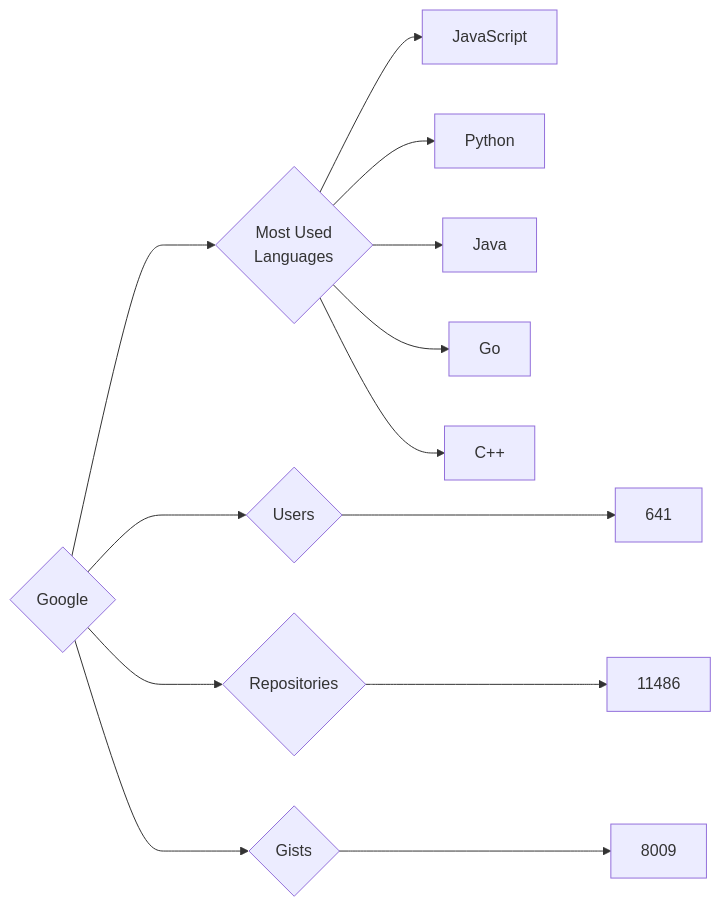
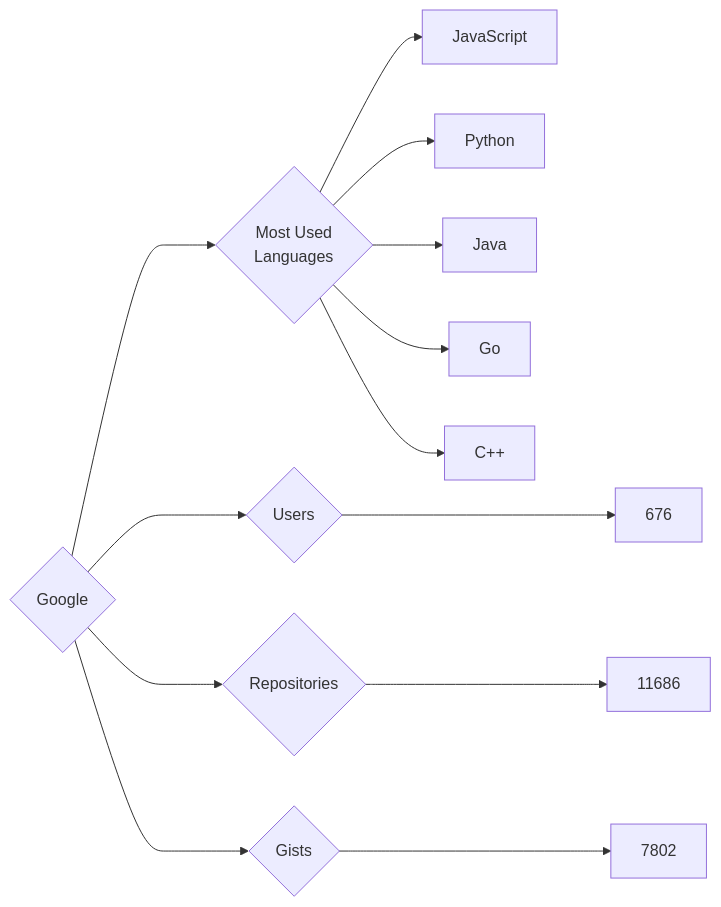
The diagram in targets/Google/README.md (trickest/insiders), drawn with Mermaid before and after one commit. The commit also changed 682 other files, not shown here.

````diff
--- a/targets/Google/README.md
+++ b/targets/Google/README.md
@@ -3,13 +3,13 @@
 ```mermaid
 graph LR
 COMPANY_NAME{Google}
-COMPANY_NAME ---> U{Users} ---> UN[641]
-COMPANY_NAME ---> R{Repositories} ---> RN[11486]
-COMPANY_NAME ---> G{Gists} ---> GN[8009]
+COMPANY_NAME ---> U{Users} ---> UN[676]
+COMPANY_NAME ---> R{Repositories} ---> RN[11686]
+COMPANY_NAME ---> G{Gists} ---> GN[7802]
 COMPANY_NAME ---> ML{Most Used<br>Languages}
 ML --> JavaScript[JavaScript]
 ML --> Python[Python]
 ML --> Java[Java]
 ML --> Go[Go]
 ML --> C++[C++]
 ```
````
